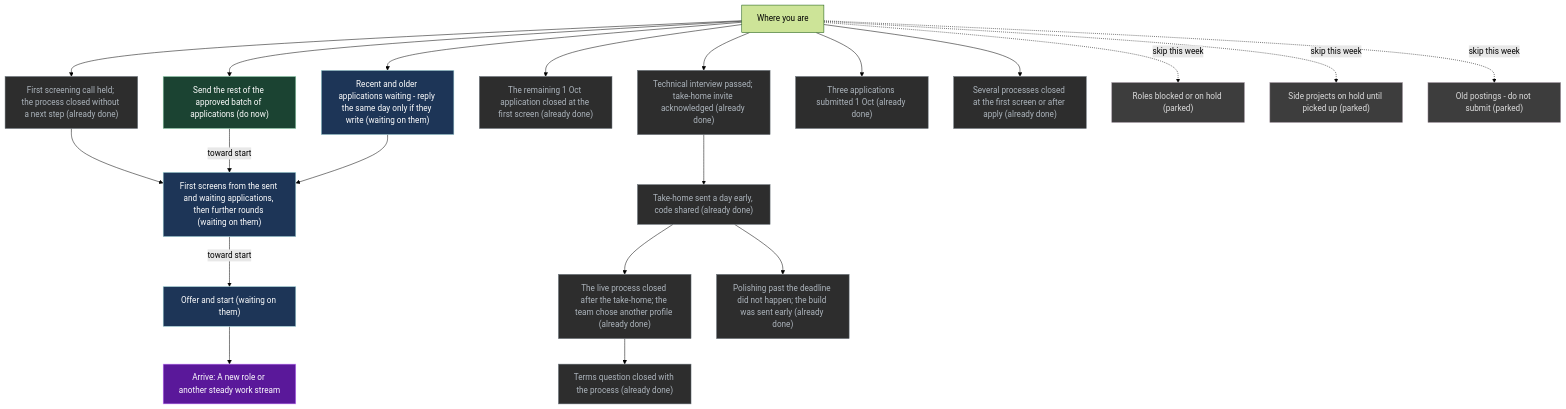
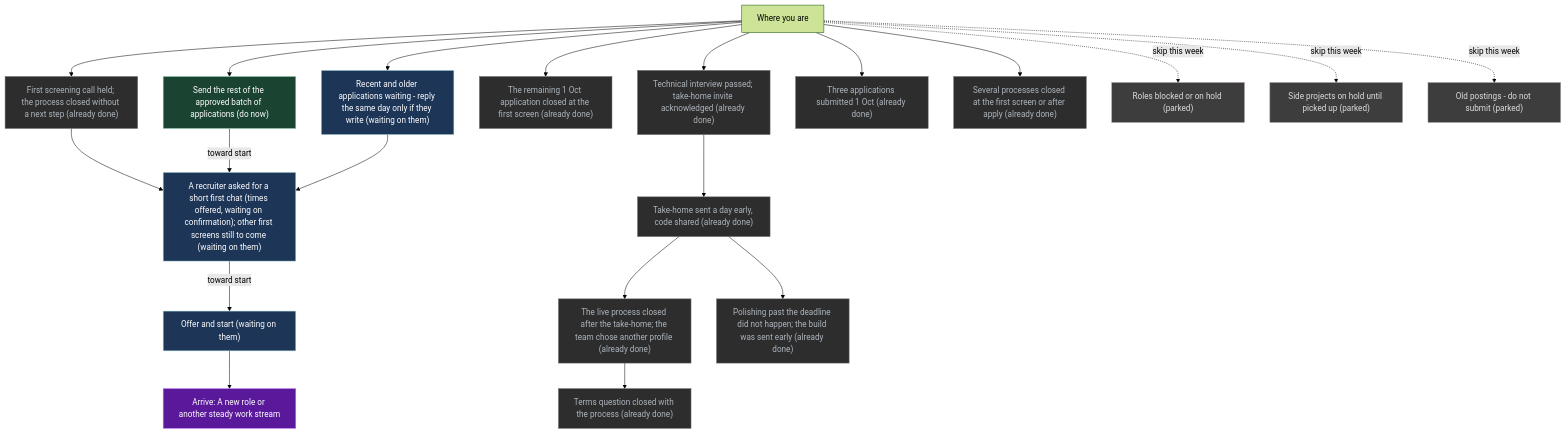
Before and after one commit to p10ns11y/life-os: the diagram in UI/Mission.md, drawn with Mermaid (forest theme). The commit also changed other lines of this file, not shown here.

````diff
--- a/UI/Mission.md
+++ b/UI/Mission.md
@@ -71,50 +71,50 @@
 ```mermaid
 flowchart TB
   x["Where you are"]
   G["Arrive: A new role or another steady work stream"]
   S9["First screening call held; the process closed without a next step (already done)"]
   S0["Technical interview passed; take-home invite acknowledged (already done)"]
   S4["Take-home sent a day early, code shared (already done)"]
   S4b["The live process closed after the take-home; the team chose another profile (already done)"]
   S7["Send the rest of the approved batch of applications (do now)"]
-  S8["First screens from the sent and waiting applications, then further rounds (waiting on them)"]
+  S8["A recruiter asked for a short first chat (times offered, waiting on confirmation); other first screens still to come (waiting on them)"]
   S5["Offer and start (waiting on them)"]
   S6["The remaining 1 Oct application closed at the first screen (already done)"]
   S1["Recent and older applications waiting - reply the same day only if they write (waiting on them)"]
   R1["Terms question closed with the process (already done)"]
   R2["Polishing past the deadline did not happen; the build was sent early (already done)"]
   S3["Three applications submitted 1 Oct (already done)"]
   D1["Several processes closed at the first screen or after apply (already done)"]
   P1["Roles blocked or on hold (parked)"]
   P2["Side projects on hold until picked up (parked)"]
   P3["Old postings - do not submit (parked)"]
   x --> S9
   x --> S0
   S0 --> S4
   S4 --> S4b
   x --> S7
   S9 --> S8
   S7 -->|"toward start"| S8
   S1 --> S8
   S8 -->|"toward start"| S5
   x --> S6
   x --> S1
   S4b --> R1
   S4 --> R2
   x --> S3
   x --> D1
   x -.->|"skip this week"| P1
   x -.->|"skip this week"| P2
   x -.->|"skip this week"| P3
   S5 --> G
   classDef do fill:#1b4332,stroke:#95d5b2,color:#fff
   classDef wait fill:#1d3557,stroke:#a8dadc,color:#fff
   classDef park fill:#3d3d3d,stroke:#9a8c98,color:#ddd
   classDef done fill:#2d2d2d,stroke:#6c757d,color:#adb5bd
   classDef goal fill:#5a189a,stroke:#c77dff,color:#fff
   class G goal
   class S7 do
   class S8,S5,S1 wait
   class P1,P2,P3 park
   class S9,S0,S4,S4b,S6,R1,R2,S3,D1 done
 ```
````
